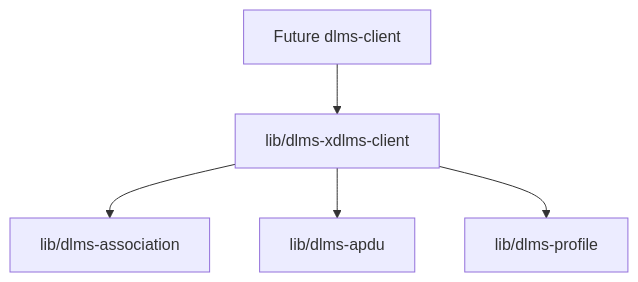
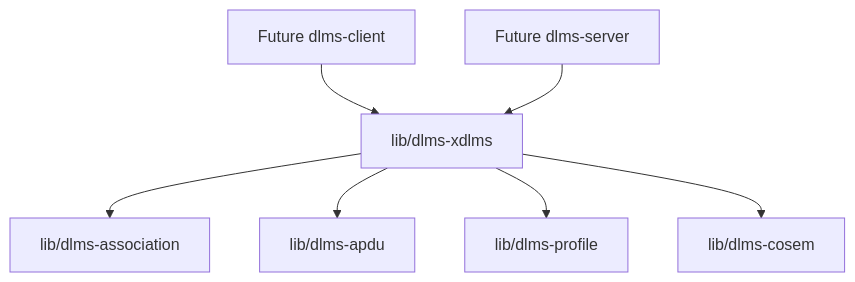
Before and after one commit to gvtret/dlms-xdlms: the first of 3 diagrams in docs/architecture.md, drawn with Mermaid. The commit also changed other lines of this file and 14 other files, not shown here.

First line of the commit message:
refactor(xdlms): rename layer from xdlms-client

````diff
--- a/docs/architecture.md
+++ b/docs/architecture.md
@@ -5,13 +5,17 @@
 ```mermaid
 flowchart TD
   Facade["Future dlms-client"]
-  XClient["lib/dlms-xdlms-client"]
+  Server["Future dlms-server"]
+  XDlms["lib/dlms-xdlms"]
   Association["lib/dlms-association"]
   Apdu["lib/dlms-apdu"]
   Profile["lib/dlms-profile"]
+  Cosem["lib/dlms-cosem"]
 
-  Facade --> XClient
-  XClient --> Association
-  XClient --> Apdu
-  XClient --> Profile
+  Facade --> XDlms
+  Server --> XDlms
+  XDlms --> Association
+  XDlms --> Apdu
+  XDlms --> Profile
+  XDlms --> Cosem
 ```
````
